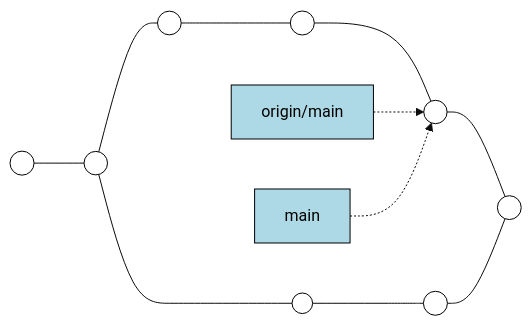
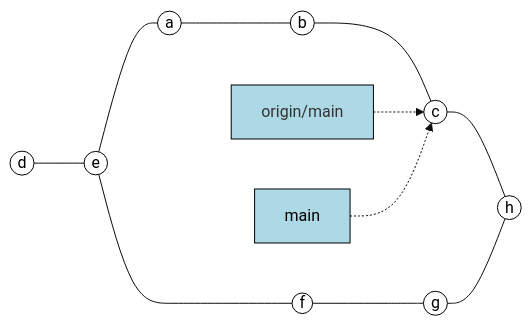
One commit to hpc2n/course-intro-git changed the fourth of 4 diagrams in docs/teamwork.md. Above: the diagram before and after it, drawn with Mermaid (base theme). The commit also changed other lines of this file, not shown here.

Commit message:
Converting another graphvix to mermaid, this time for the section after hint

````diff
--- a/docs/teamwork.md
+++ b/docs/teamwork.md
@@ -206,33 +206,33 @@
 ```mermaid
 graph LR
   d(("d"))
-  style d fill:#ffffff,stroke:#000000,color:#ffffff
+  style d fill:#ffffff,stroke:#000000,color:#000000
   e(("e"))
-  style e fill:#ffffff,stroke:#000000,color:#ffffff
+  style e fill:#ffffff,stroke:#000000,color:#000000
   origin["origin/main"]
-  style origin fill:#add8e6,stroke:#000000,color:#000000
+  style origin fill:#add8e6,stroke:#000000,color:000000
   d --- e
   a(("a"))
-  style a fill:#ffffff,stroke:#000000,color:#ffffff
+  style a fill:#ffffff,stroke:#000000,color:#000000
   f(("f"))
-  style f fill:#ffffff,stroke:#000000,color:#ffffff
+  style f fill:#ffffff,stroke:#000000,color:#000000
   e --- a
   e --- f
   b(("b"))
-  style b fill:#ffffff,stroke:#000000,color:#ffffff
+  style b fill:#ffffff,stroke:#000000,color:#000000
   g(("g"))
-  style g fill:#ffffff,stroke:#000000,color:#ffffff
+  style g fill:#ffffff,stroke:#000000,color:#000000
   main["main"]
   style main fill:#add8e6,stroke:#000000,color:#000000
   c(("c"))
-  style c fill:#ffffff,stroke:#000000,color:#ffffff
+  style c fill:#ffffff,stroke:#000000,color:#000000
   h(("h"))
-  style h fill:#ffffff,stroke:#000000,color:#ffffff
+  style h fill:#ffffff,stroke:#000000,color:#000000
   a --- b
   f --- g
   b --- c
   origin -.-> c
   main -.-> c
   c --- h
   g --- h
 ```
````
